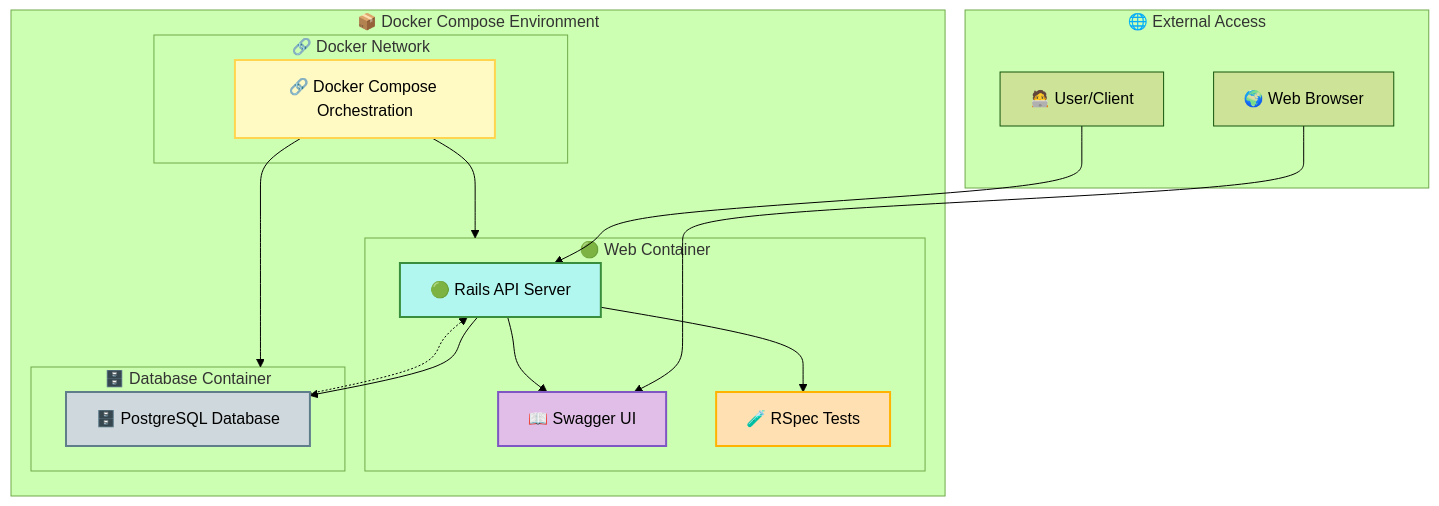
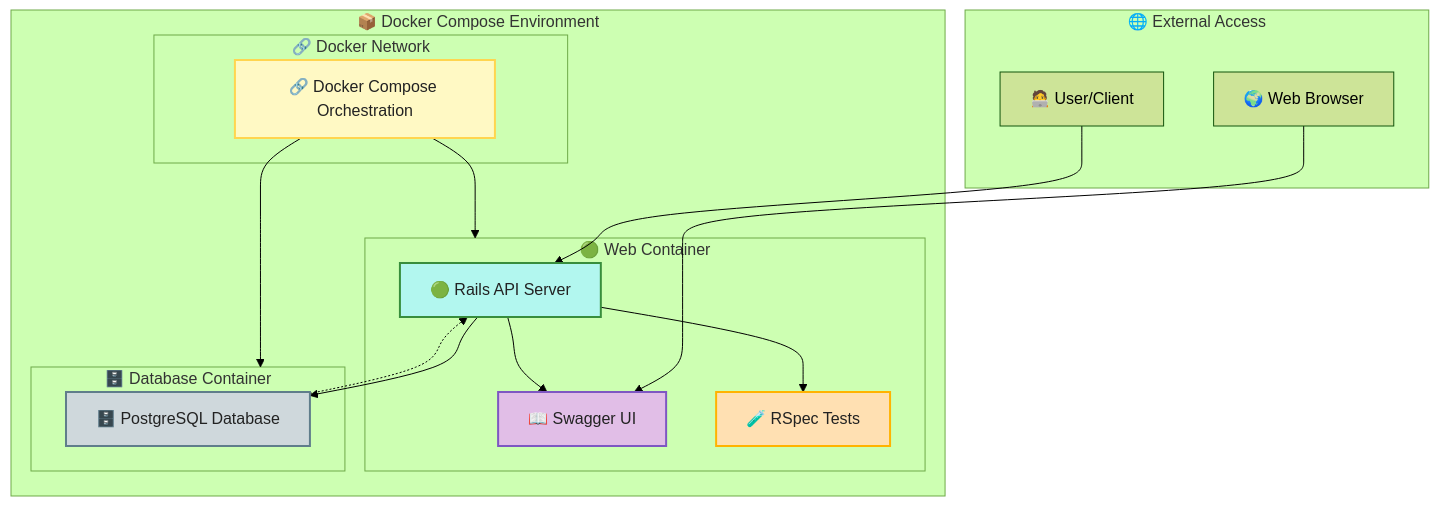
The fifth of 8 diagrams in README.md (enogrob/rails_frames_and_circles_api), drawn with Mermaid (forest theme) before and after one commit. The commit also changed other lines of this file, not shown here.

````diff
--- a/README.md
+++ b/README.md
@@ -194,39 +194,39 @@
 ```mermaid
 %% Deployment Diagram with Pastel Colors and Emoticons
 graph TD
     subgraph External[🌐 External Access]
         User[🧑‍💻 User/Client]
         Browser[🌍 Web Browser]
     end
     
     subgraph Docker_Environment[📦 Docker Compose Environment]
         subgraph Web_Container[🟢 Web Container]
             Rails[🟢 Rails API Server]
             Swagger[📖 Swagger UI]
             RSpec[🧪 RSpec Tests]
         end
         
         subgraph Database_Container[🗄️ Database Container]
             PostgreSQL[🗄️ PostgreSQL Database]
         end
         
         subgraph Network[🔗 Docker Network]
             DockerCompose[🔗 Docker Compose Orchestration]
         end
     end
 
     User --> Rails
     Browser --> Swagger
     Rails --> PostgreSQL
     Rails --> Swagger
     Rails --> RSpec
     DockerCompose --> Web_Container
     DockerCompose --> Database_Container
     PostgreSQL -.-> Rails
 
-    style Rails fill:#b2f7ef,stroke:#388e3c,stroke-width:2px
-    style Swagger fill:#e1bee7,stroke:#7e57c2,stroke-width:2px
-    style RSpec fill:#ffe0b2,stroke:#ffb300,stroke-width:2px
-    style PostgreSQL fill:#cfd8dc,stroke:#607d8b,stroke-width:2px
-    style DockerCompose fill:#fff9c4,stroke:#ffd54f,stroke-width:2px
+    style Rails fill:#b2f7ef,stroke:#388e3c,stroke-width:2px,color:#222
+    style Swagger fill:#e1bee7,stroke:#7e57c2,stroke-width:2px,color:#222
+    style RSpec fill:#ffe0b2,stroke:#ffb300,stroke-width:2px,color:#222
+    style PostgreSQL fill:#cfd8dc,stroke:#607d8b,stroke-width:2px,color:#222
+    style DockerCompose fill:#fff9c4,stroke:#ffd54f,stroke-width:2px,color:#222
 ```
````
